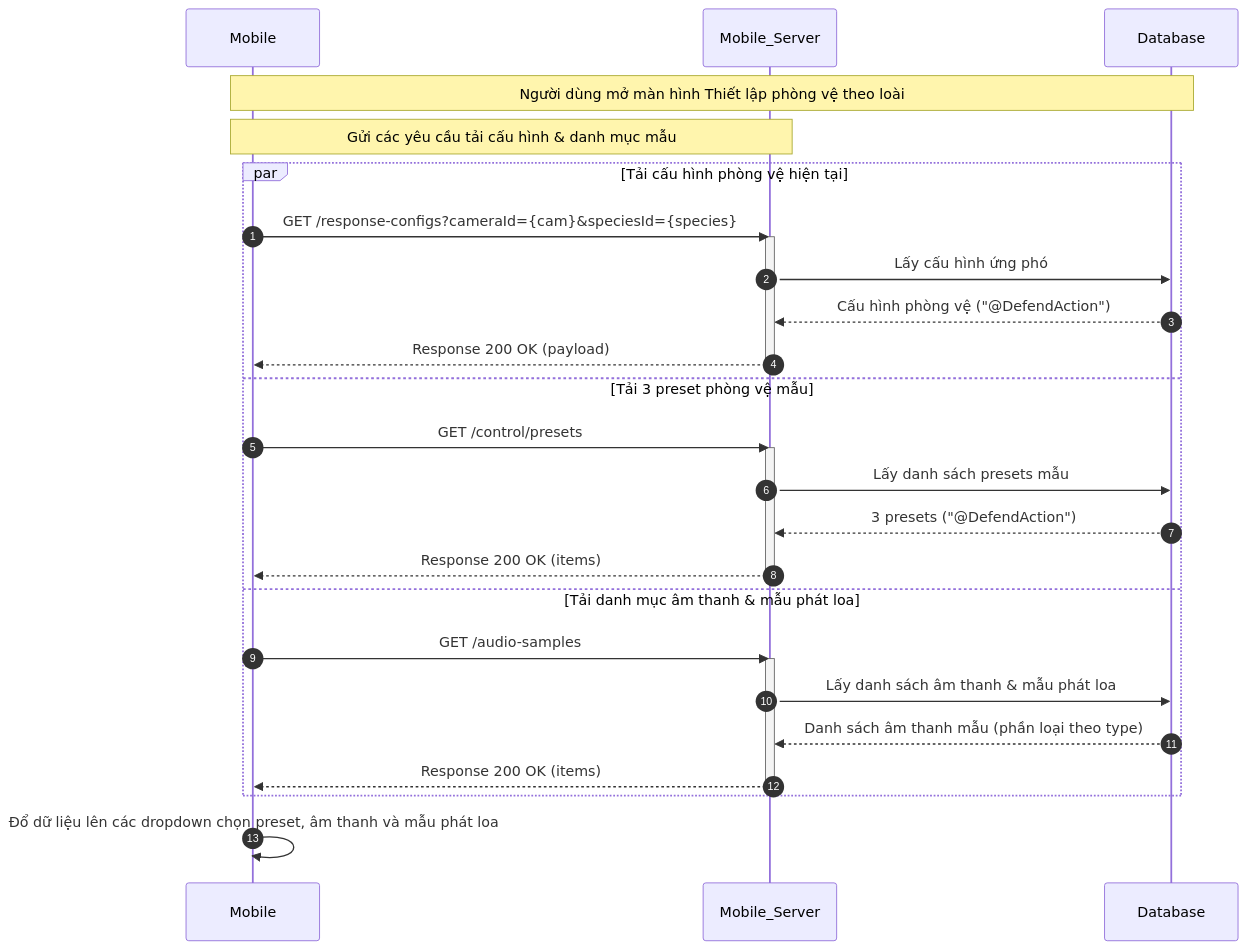
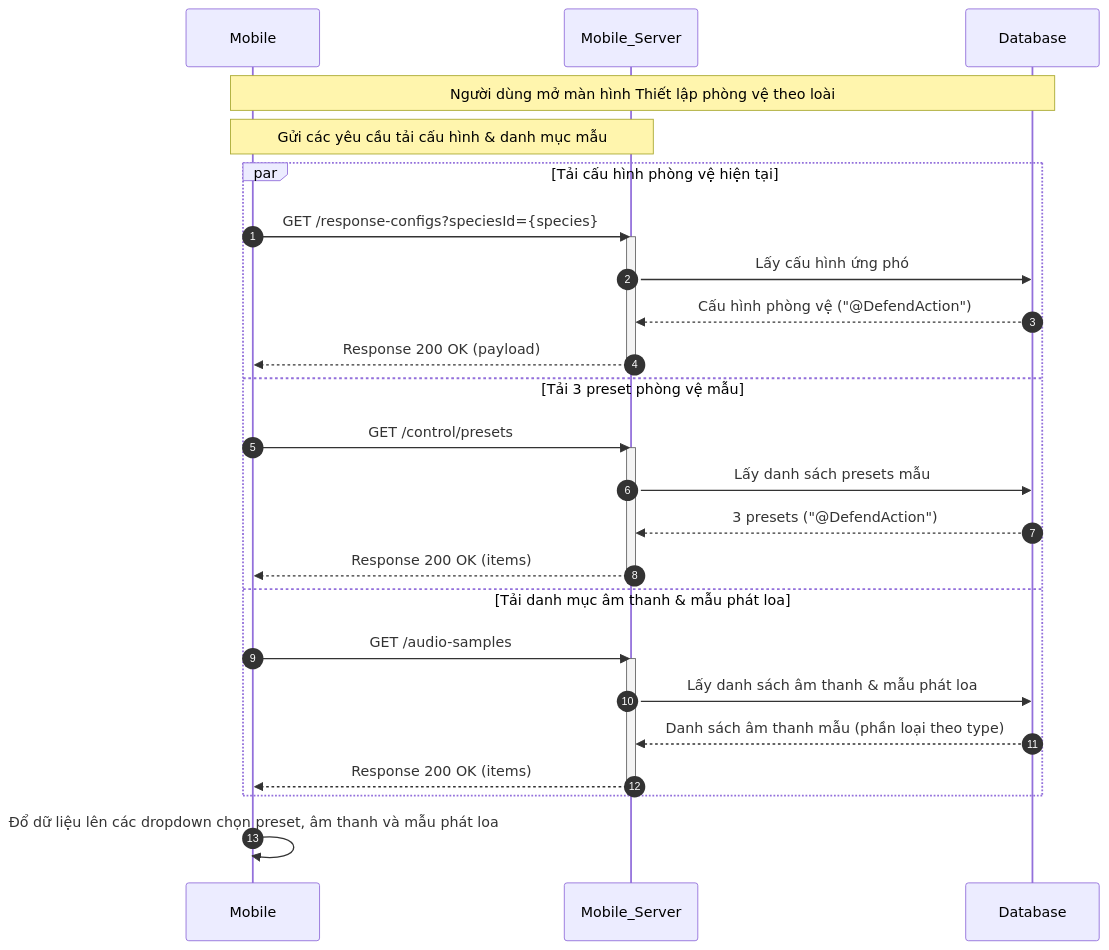
One commit to trungnguyenthien/Wildlife-Warning-and-Deterrence-System changed diagram 14 of 19 in docs/04-sequence-diagram.md. Above: the diagram before and after it, drawn with Mermaid. The commit also changed other lines of this file and 12 other files, not shown here.

Commit message:
refactor: reconfigure response settings to be user-specific instead of camera-specific in API and database schema

````diff
--- a/docs/04-sequence-diagram.md
+++ b/docs/04-sequence-diagram.md
@@ -474,33 +474,33 @@
 ```mermaid
 sequenceDiagram
     autonumber
     participant Mobile as Mobile
     participant Mobile_Server as Mobile_Server
     participant Database as Database
 
     Note over Mobile, Database: Người dùng mở màn hình Thiết lập phòng vệ theo loài
     Note over Mobile, Mobile_Server: Gửi các yêu cầu tải cấu hình & danh mục mẫu
     par Tải cấu hình phòng vệ hiện tại
-        Mobile->>Mobile_Server: GET /response-configs?cameraId={cam}&speciesId={species}
+        Mobile->>Mobile_Server: GET /response-configs?speciesId={species}
         activate Mobile_Server
         Mobile_Server->>Database: Lấy cấu hình ứng phó
         Database-->>Mobile_Server: Cấu hình phòng vệ ("@DefendAction")
         Mobile_Server-->>Mobile: Response 200 OK (payload)
         deactivate Mobile_Server
     and Tải 3 preset phòng vệ mẫu
         Mobile->>Mobile_Server: GET /control/presets
         activate Mobile_Server
         Mobile_Server->>Database: Lấy danh sách presets mẫu
         Database-->>Mobile_Server: 3 presets ("@DefendAction")
         Mobile_Server-->>Mobile: Response 200 OK (items)
         deactivate Mobile_Server
     and Tải danh mục âm thanh & mẫu phát loa
         Mobile->>Mobile_Server: GET /audio-samples
         activate Mobile_Server
         Mobile_Server->>Database: Lấy danh sách âm thanh & mẫu phát loa
         Database-->>Mobile_Server: Danh sách âm thanh mẫu (phần loại theo type)
         Mobile_Server-->>Mobile: Response 200 OK (items)
         deactivate Mobile_Server
     end
     Mobile->>Mobile: Đổ dữ liệu lên các dropdown chọn preset, âm thanh và mẫu phát loa
 ```
````
